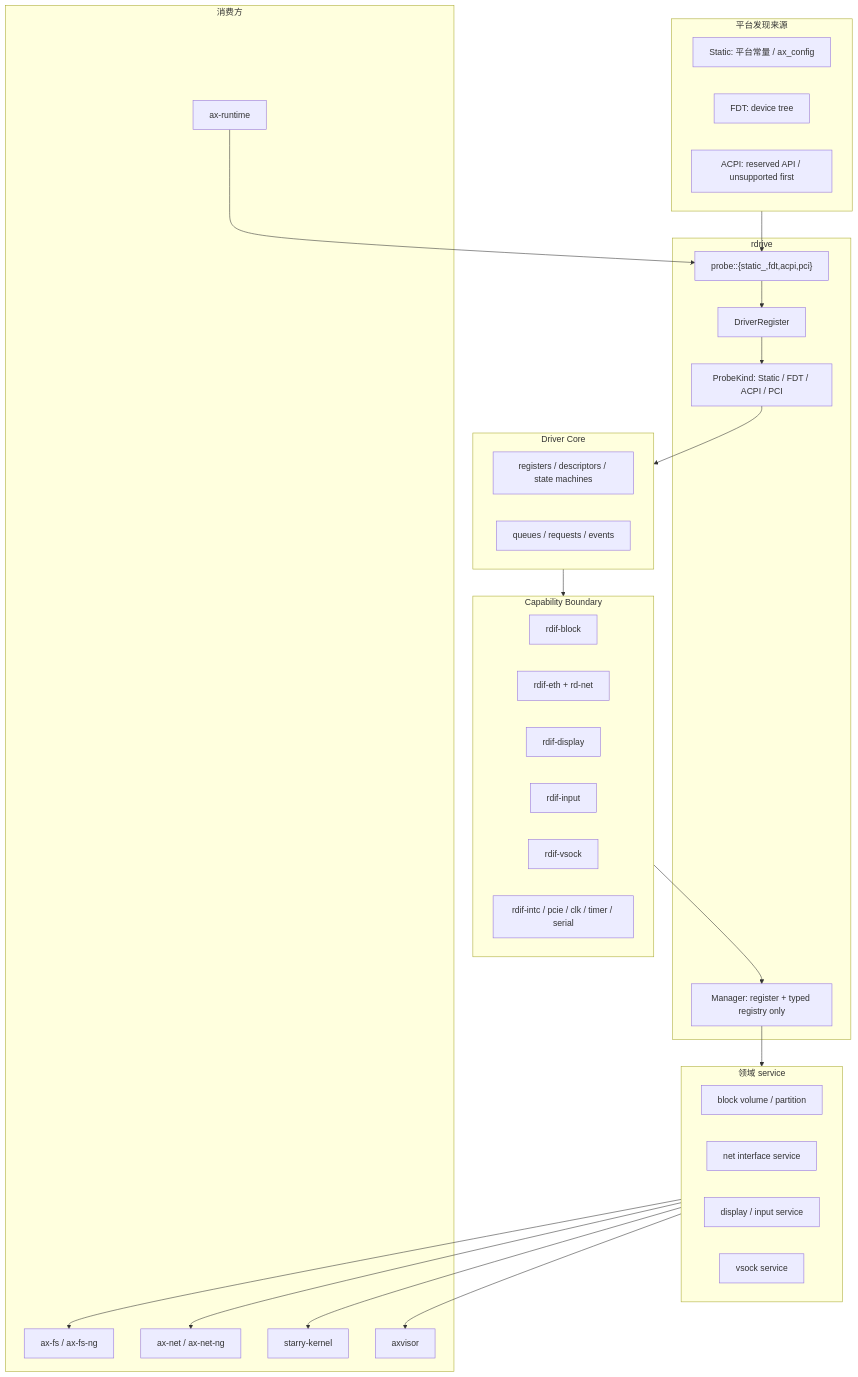
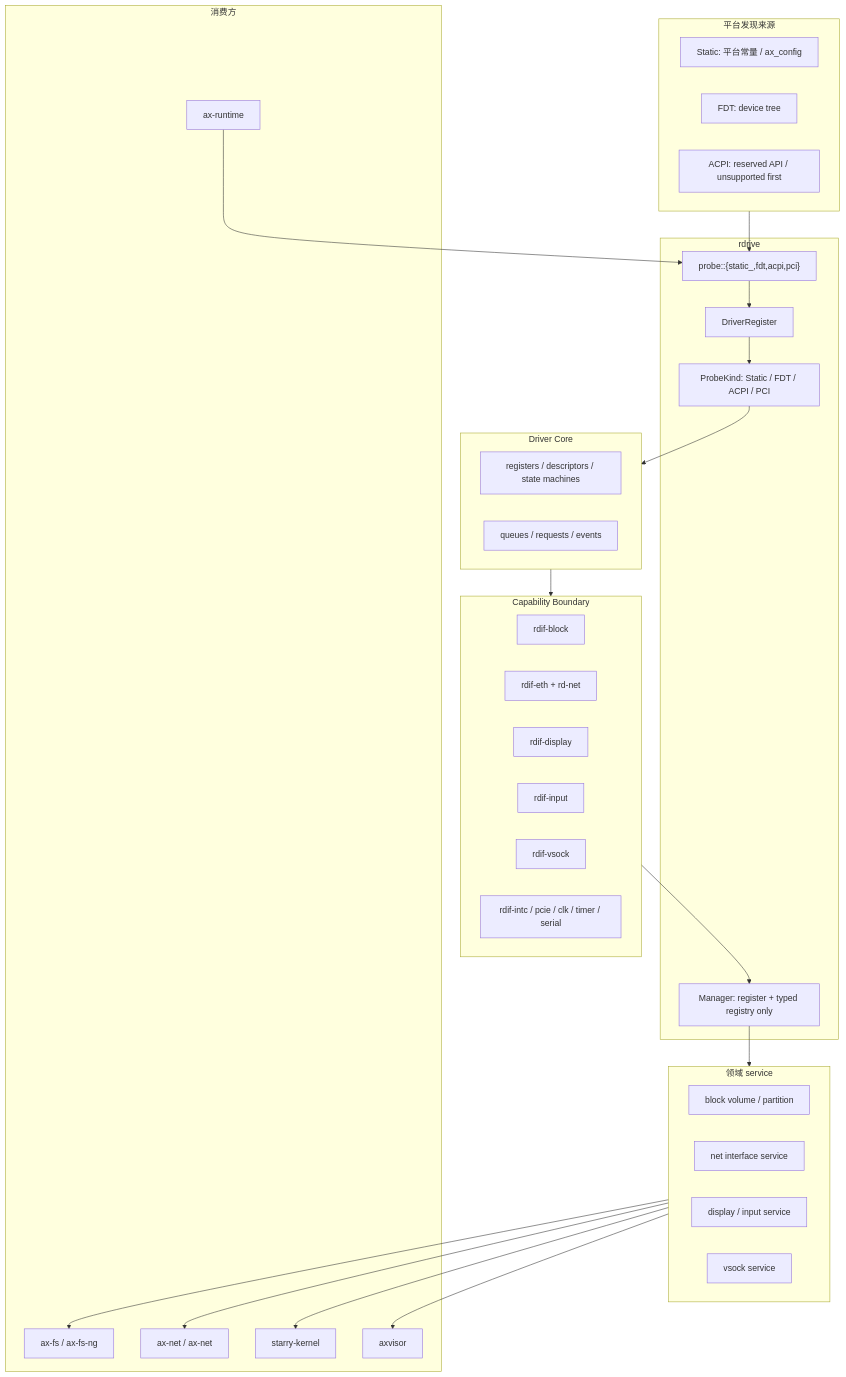
The first of 2 diagrams in docs/docs/architecture/rdrive-rdif.md (rcore-os/tgoskits), drawn with Mermaid before and after one commit. The commit also changed other lines of this file and 76 other files, not shown here.

````diff
--- a/docs/docs/architecture/rdrive-rdif.md
+++ b/docs/docs/architecture/rdrive-rdif.md
@@ -33,57 +33,57 @@
 ```mermaid
 flowchart TB
     subgraph Sources["平台发现来源"]
         Static["Static: 平台常量 / ax_config"]
         Fdt["FDT: device tree"]
         Acpi["ACPI: reserved API / unsupported first"]
     end
 
     subgraph Rdrive["rdrive"]
         Manager["Manager: register + typed registry only"]
         Register["DriverRegister"]
         Kind["ProbeKind: Static / FDT / ACPI / PCI"]
         Backends["probe::{static_,fdt,acpi,pci}"]
     end
 
     subgraph DriverCore["Driver Core"]
         HwState["registers / descriptors / state machines"]
         Queues["queues / requests / events"]
     end
 
     subgraph Capability["Capability Boundary"]
         RdifBlock["rdif-block"]
         RdifEth["rdif-eth + rd-net"]
         RdifDisplay["rdif-display"]
         RdifInput["rdif-input"]
         RdifVsock["rdif-vsock"]
         RdifPlatform["rdif-intc / pcie / clk / timer / serial"]
     end
 
     subgraph Services["领域 service"]
         BlockVolume["block volume / partition"]
         NetService["net interface service"]
         UiService["display / input service"]
         VsockService["vsock service"]
     end
 
     subgraph Consumers["消费方"]
         Runtime["ax-runtime"]
         Fs["ax-fs / ax-fs-ng"]
-        Net["ax-net / ax-net-ng"]
+        Net["ax-net / ax-net"]
         Starry["starry-kernel"]
         Axvisor["axvisor"]
     end
 
     Sources --> Backends
     Backends --> Register
     Register --> Kind
     Kind --> DriverCore
     DriverCore --> Capability
     Capability --> Manager
     Runtime --> Backends
     Manager --> Services
     Services --> Fs
     Services --> Net
     Services --> Starry
     Services --> Axvisor
 ```
````
